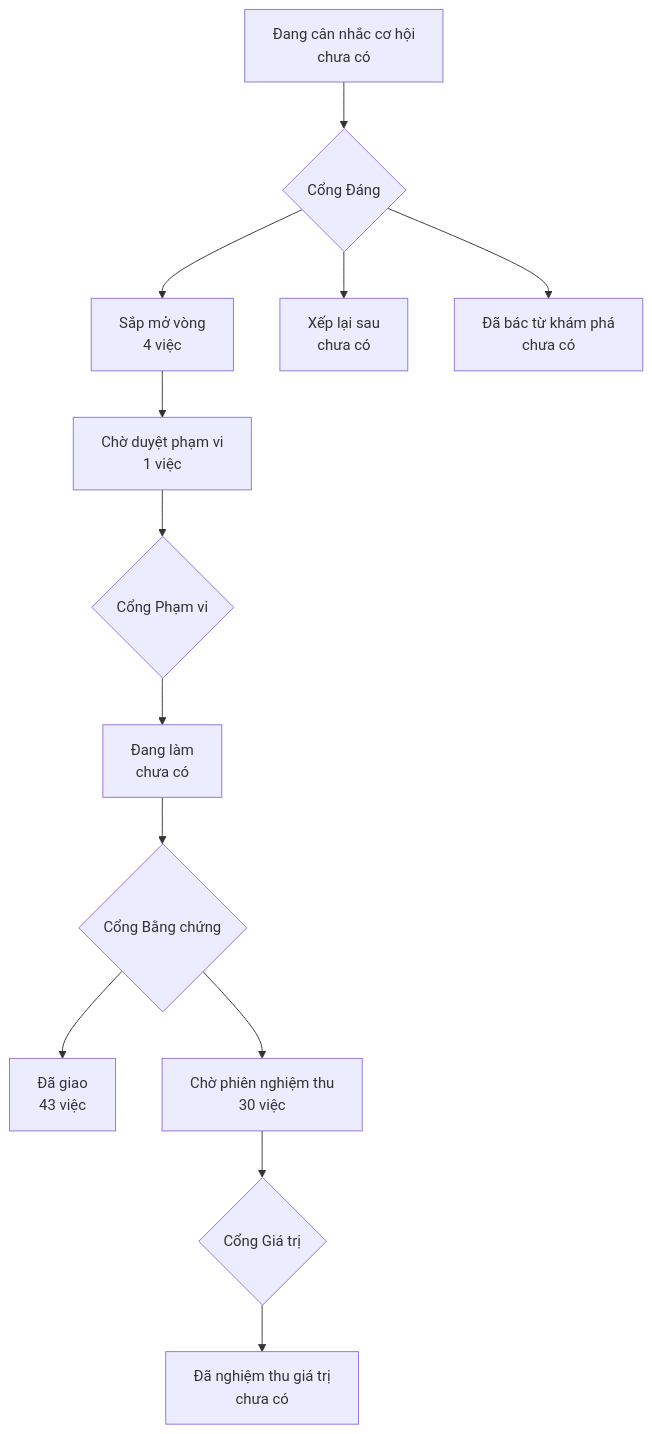
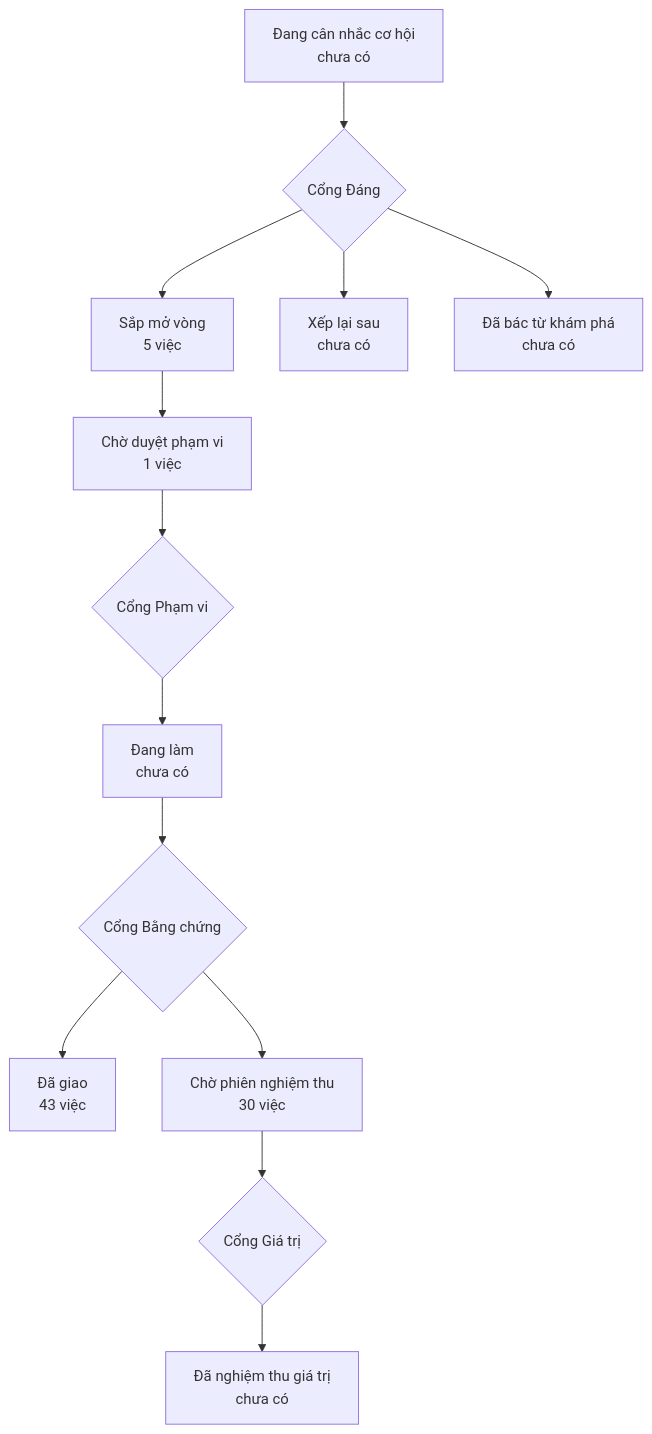
The diagram in PRODUCT-MAP.md (phanlemanh/onehub-invest), drawn with Mermaid before and after one commit. The commit also changed other lines of this file and 2 other files, not shown here.

Commit message:
acceptance(coverage-cloud-got-tang-a): ô cơ hội AU12 — Cổng Đáng build (Mạnh 24/10, giám sát P2-50)

````diff
--- a/PRODUCT-MAP.md
+++ b/PRODUCT-MAP.md
@@ -7,12 +7,12 @@
 ```mermaid
 flowchart TD
   A["Đang cân nhắc cơ hội<br/>chưa có"] --> GD{"Cổng Đáng"}
-  GD --> B["Sắp mở vòng<br/>4 việc"]
+  GD --> B["Sắp mở vòng<br/>5 việc"]
   GD --> XL["Xếp lại sau<br/>chưa có"]
   GD --> DB["Đã bác từ khám phá<br/>chưa có"]
   B --> CD["Chờ duyệt phạm vi<br/>1 việc"] --> GP{"Cổng Phạm vi"}
   GP --> DL["Đang làm<br/>chưa có"] --> GB{"Cổng Bằng chứng"}
   GB --> DG["Đã giao<br/>43 việc"]
   GB --> CN["Chờ phiên nghiệm thu<br/>30 việc"] --> GG{"Cổng Giá trị"}
   GG --> NT["Đã nghiệm thu giá trị<br/>chưa có"]
 ```
````
